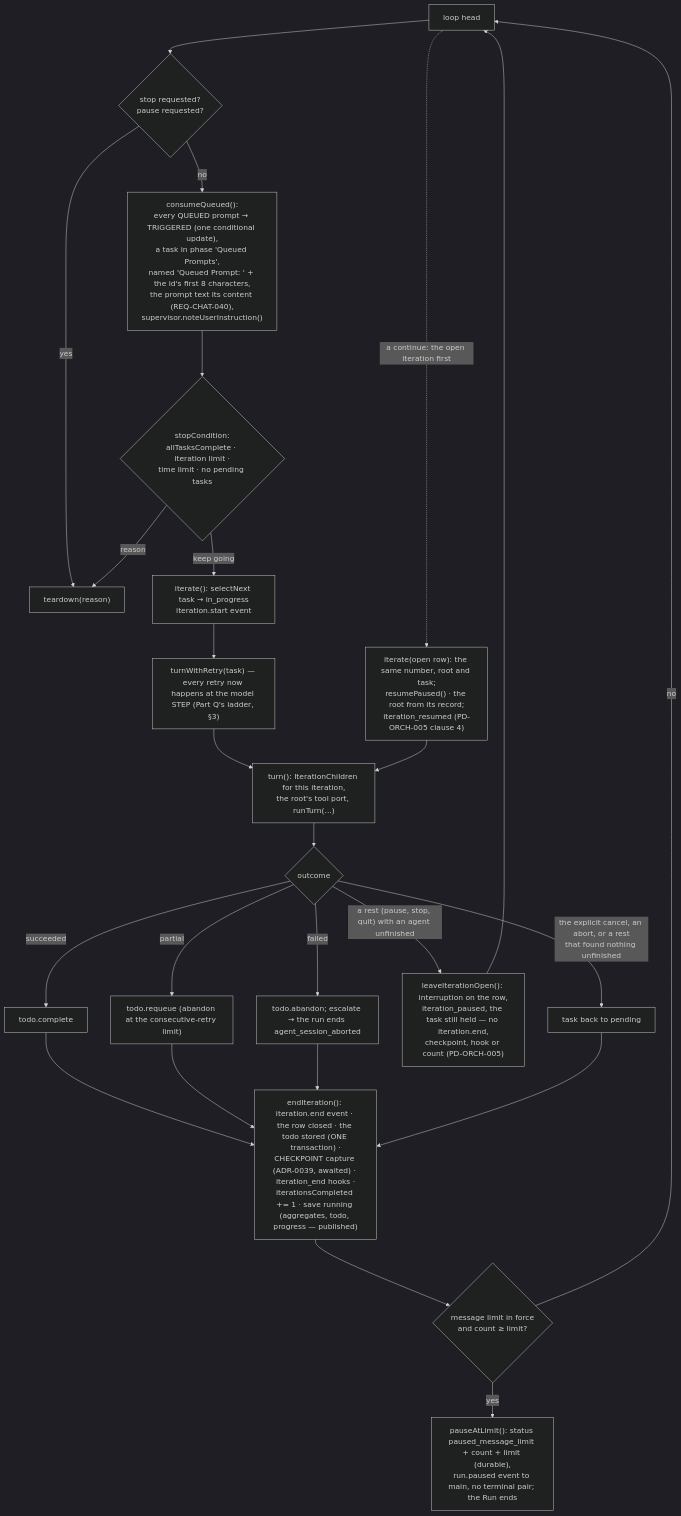
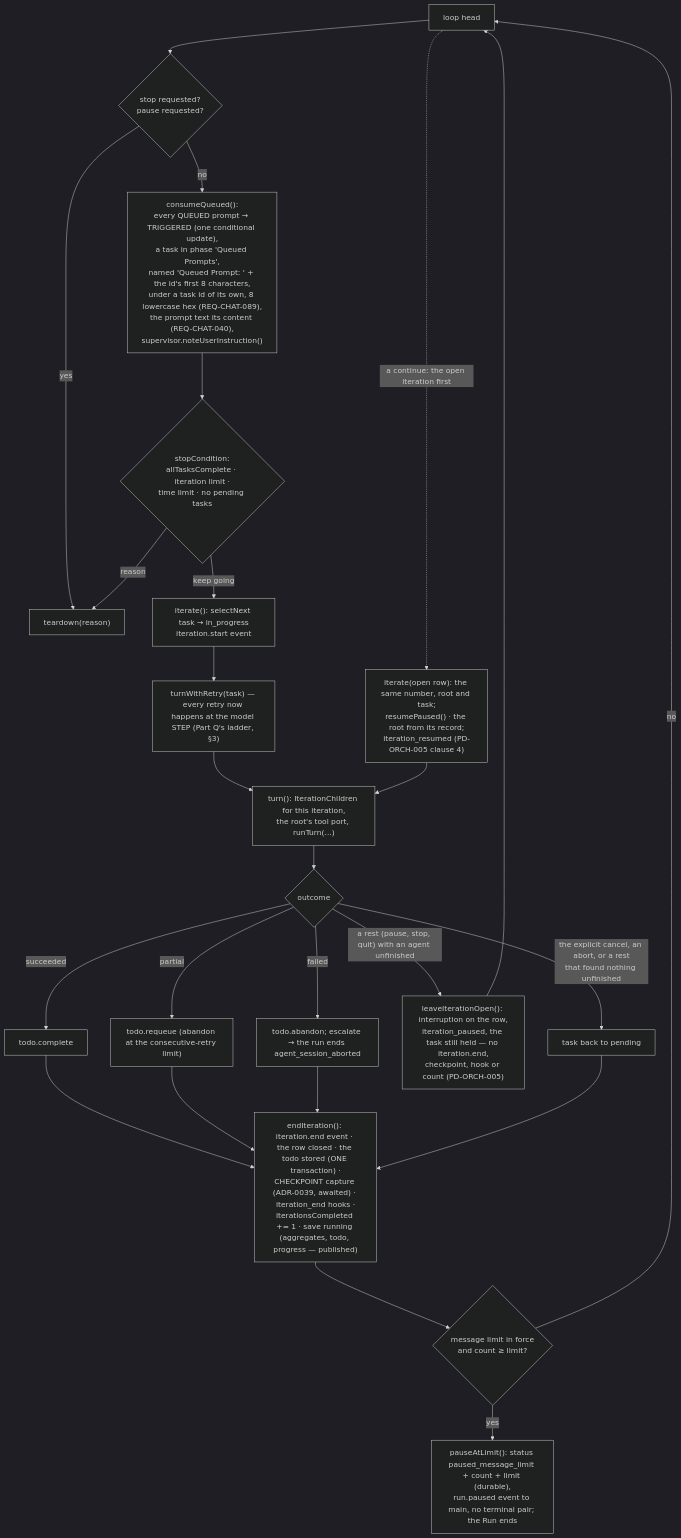
The second of 2 diagrams in docs/architecture/views/03-runtime-view.md (Concrete-Dynamics/Rotaris), drawn with Mermaid (dark theme) before and after one commit. The commit also changed other lines of this file and 14 other files, not shown here.

First line of the commit message:
fix(engine): mint every backend task and phase id as 8 lowercase hex (REQ-CHAT-089, REQ-CHAT-040)

````diff
--- a/docs/architecture/views/03-runtime-view.md
+++ b/docs/architecture/views/03-runtime-view.md
@@ -192,24 +192,24 @@
 ```mermaid
 flowchart TB
   L0["loop head"] --> S1{"stop requested?<br/>pause requested?"}
   S1 -- yes --> T["teardown(reason)"]
-  S1 -- no --> Q["consumeQueued():<br/>every QUEUED prompt → TRIGGERED (one conditional update),<br/>a task in phase 'Queued Prompts',<br/>named 'Queued Prompt: ' + the id's first 8 characters,<br/>the prompt text its content (REQ-CHAT-040),<br/>supervisor.noteUserInstruction()"]
+  S1 -- no --> Q["consumeQueued():<br/>every QUEUED prompt → TRIGGERED (one conditional update),<br/>a task in phase 'Queued Prompts',<br/>named 'Queued Prompt: ' + the id's first 8 characters,<br/>under a task id of its own, 8 lowercase hex (REQ-CHAT-089),<br/>the prompt text its content (REQ-CHAT-040),<br/>supervisor.noteUserInstruction()"]
   Q --> S2{"stopCondition:<br/>allTasksComplete · iteration limit ·<br/>time limit · no pending tasks"}
   S2 -- reason --> T
   S2 -- keep going --> I["iterate(): selectNext task → in_progress<br/>iteration.start event"]
   I --> TR["turnWithRetry(task) — every retry now happens at the model STEP (Part Q's ladder, §3)"]
   TR --> TURN["turn(): IterationChildren for this iteration,<br/>the root's tool port, runTurn(...)"]
   TURN --> OUT{"outcome"}
   OUT -- succeeded --> C["todo.complete"]
   OUT -- partial --> RQ["todo.requeue (abandon at the consecutive-retry limit)"]
   OUT -- failed --> AB["todo.abandon; escalate → the run ends agent_session_aborted"]
   OUT -- "a rest (pause, stop, quit) with an agent unfinished" --> OPEN["leaveIterationOpen(): interruption on the row,<br/>iteration_paused, the task still held — no iteration.end,<br/>checkpoint, hook or count (PD-ORCH-005)"]
   OPEN --> L0
   L0 -. "a continue: the open iteration first" .-> RES["iterate(open row): the same number, root and task;<br/>resumePaused() · the root from its record;<br/>iteration_resumed (PD-ORCH-005 clause 4)"]
   RES --> TURN
   OUT -- "the explicit cancel, an abort, or a rest<br/>that found nothing unfinished" --> PEND["task back to pending"]
   C & RQ & AB & PEND --> E["endIteration(): iteration.end event · the row closed · the todo stored (ONE transaction) ·<br/>CHECKPOINT capture (ADR-0039, awaited) · iteration_end hooks ·<br/>iterationsCompleted += 1 · save running (aggregates, todo, progress — published)"]
   E --> ML{"message limit in force<br/>and count ≥ limit?"}
   ML -- yes --> PL["pauseAtLimit(): status paused_message_limit + count + limit (durable),<br/>run.paused event to main, no terminal pair; the Run ends"]
   ML -- no --> L0
 ```
````
